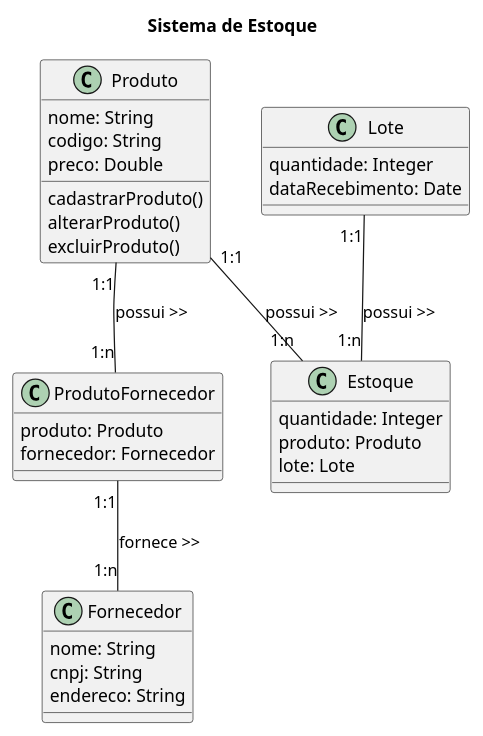
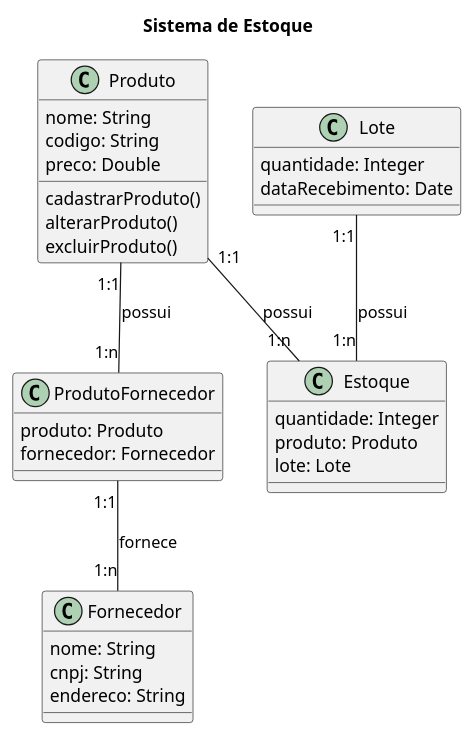
Before and after one commit to luiz-david05/APS-2024.2: the diagram in atividade_diagrama_classes/q2.puml, drawn with PlantUML. The commit also changed 4 other files, not shown here.

Commit message:
att erro no diagrama

```diff
--- a/atividade_diagrama_classes/q2.puml
+++ b/atividade_diagrama_classes/q2.puml
@@ -1,39 +1,39 @@
 @startuml Sistema de Estoque
 title Sistema de Estoque
 class Produto {
     nome: String
     codigo: String
     preco: Double
     cadastrarProduto()
     alterarProduto()
     excluirProduto()
 }
 
 class Fornecedor {
     nome: String
     cnpj: String
     endereco: String
 }
 
 class Lote {
     quantidade: Integer
     dataRecebimento: Date
 }
 
 class Estoque {
     quantidade: Integer
     produto: Produto
     lote: Lote
 }
 
 class ProdutoFornecedor {
     produto: Produto
     fornecedor: Fornecedor
 }
 
-Produto "1:1" -- "1:n" Estoque: possui >>
-Produto "1:1" -- "1:n" ProdutoFornecedor: possui >>
-ProdutoFornecedor "1:1" -- "1:n" Fornecedor: fornece >>
-Lote "1:1" -- "1:n" Estoque: possui >>
+Produto "1:1" -- "1:n" Estoque: possui
+Produto "1:1" -- "1:n" ProdutoFornecedor: possui
+ProdutoFornecedor "1:1" -- "1:n" Fornecedor: fornece
+Lote "1:1" -- "1:n" Estoque: possui
 
 @enduml
```
